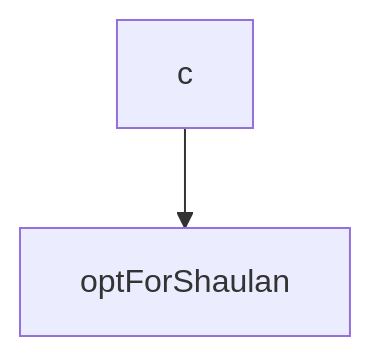
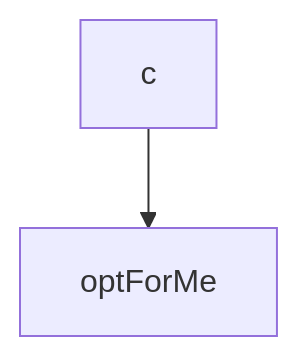
Before and after one commit to swimmio/csharp-shaul-test: the second of 3 diagrams in .swm/mermaid-test-2.ku9o3efx.sw.md, drawn with Mermaid. The commit also changed other lines of this file, not shown here.

Commit message:
docs(swimm): update doc: mermaid test 2

````diff
--- a/.swm/mermaid-test-2.ku9o3efx.sw.md
+++ b/.swm/mermaid-test-2.ku9o3efx.sw.md
@@ -30,8 +30,8 @@
 ```mermaid
 graph TD
-c --> optForShaulan
+c --> optForMe
 
 %% Swimm:
 %% graph TD
-%% c --> <SwmToken path="/MyContext.cs" pos="8:17:17" line-data="        public MyContext(DbContextOptions&lt;MyContext&gt; options) : base(optForShaulan) {}">`optForShaulan`</SwmToken>
+%% c --> <SwmToken path="/MyContext.cs" pos="8:17:17" line-data="        public MyContext(DbContextOptions&lt;MyContext&gt; options) : base(optForMe) {}">`optForMe`</SwmToken>
 ```
````
